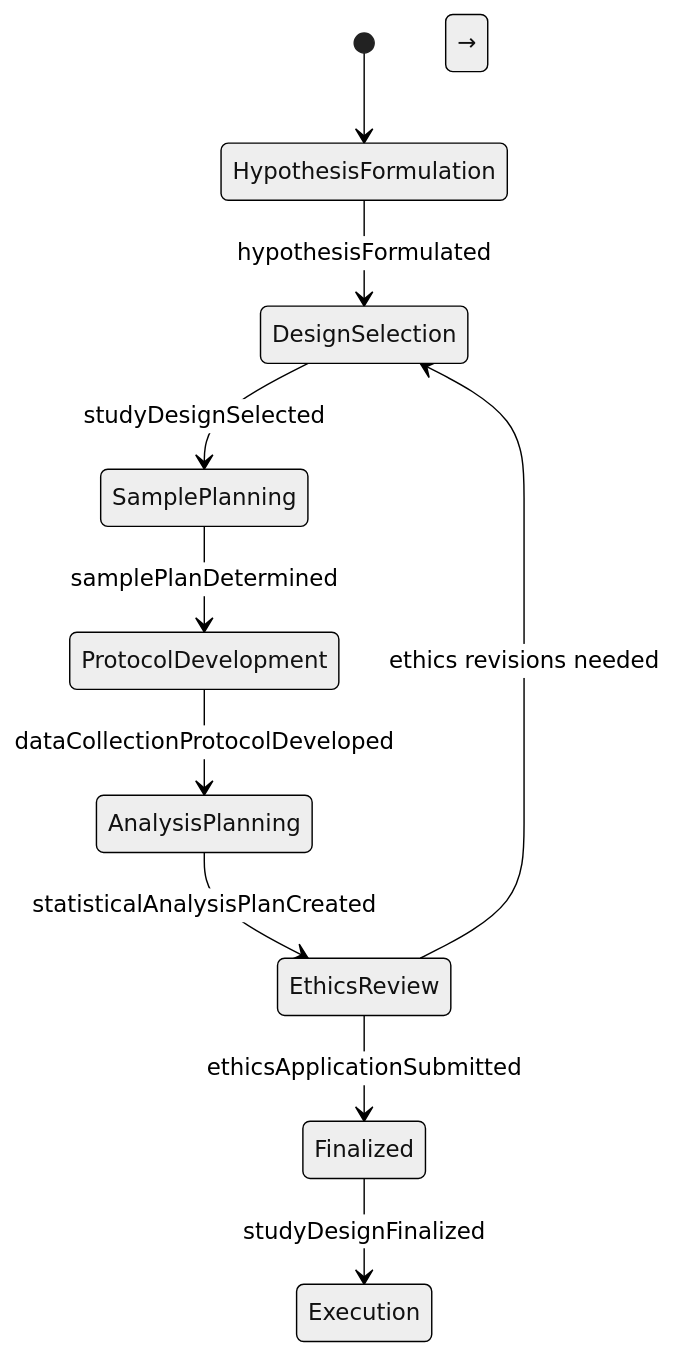
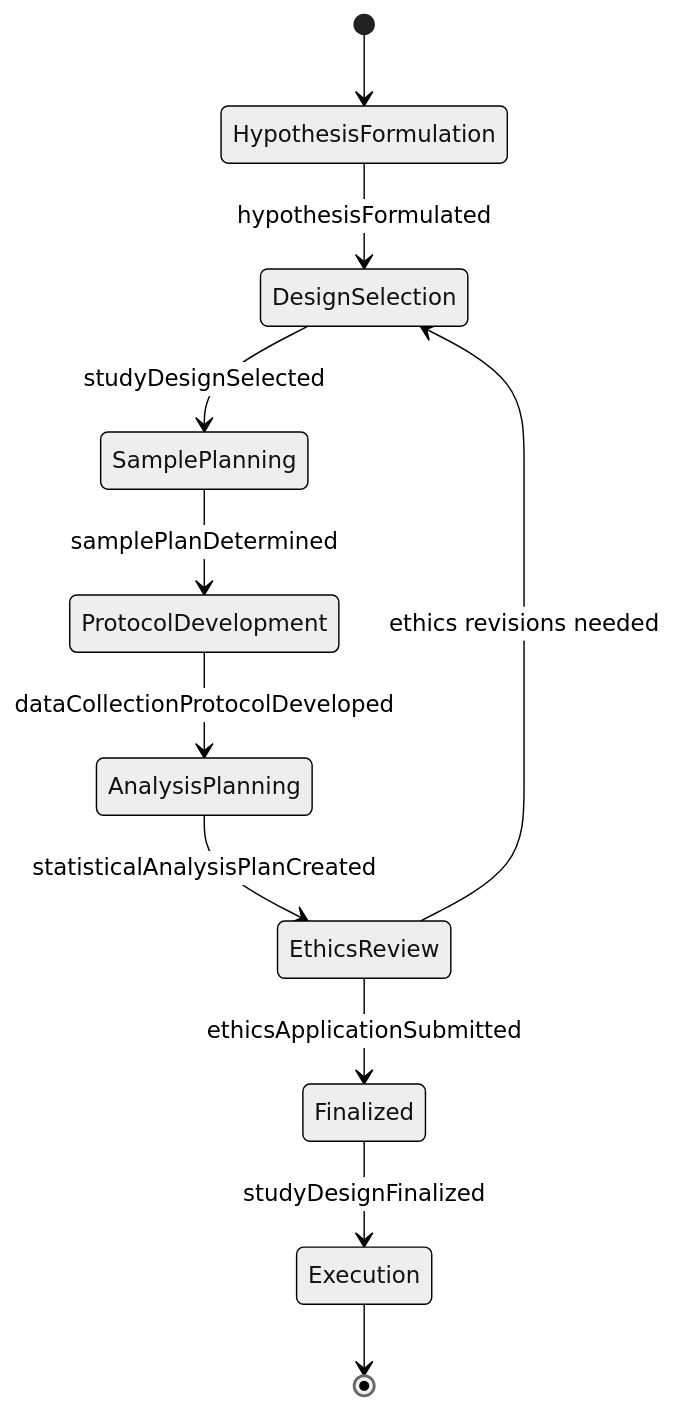
The second of 4 diagrams in ThinkingCreatively/DevelopResearchPlansOrMethodologies/DesignResearchStudiesObtainScientific.mdx (dot-org-ai/tasks.org.ai), drawn with Mermaid (neutral theme) before and after one commit. The commit also changed 515 other files, not shown here.

````diff
--- a/ThinkingCreatively/DevelopResearchPlansOrMethodologies/DesignResearchStudiesObtainScientific.mdx
+++ b/ThinkingCreatively/DevelopResearchPlansOrMethodologies/DesignResearchStudiesObtainScientific.mdx
@@ -101,13 +101,13 @@
 ```mermaid
 stateDiagram-v2
     [*] --> HypothesisFormulation
     HypothesisFormulation --> DesignSelection : hypothesisFormulated
     DesignSelection --> SamplePlanning : studyDesignSelected
     SamplePlanning --> ProtocolDevelopment : samplePlanDetermined
     ProtocolDevelopment --> AnalysisPlanning : dataCollectionProtocolDeveloped
     AnalysisPlanning --> EthicsReview : statisticalAnalysisPlanCreated
     EthicsReview --> DesignSelection : ethics revisions needed
     EthicsReview --> Finalized : ethicsApplicationSubmitted
     Finalized --> Execution : studyDesignFinalized
-    Execution → [*]
+    Execution --> [*]
 ```
````
